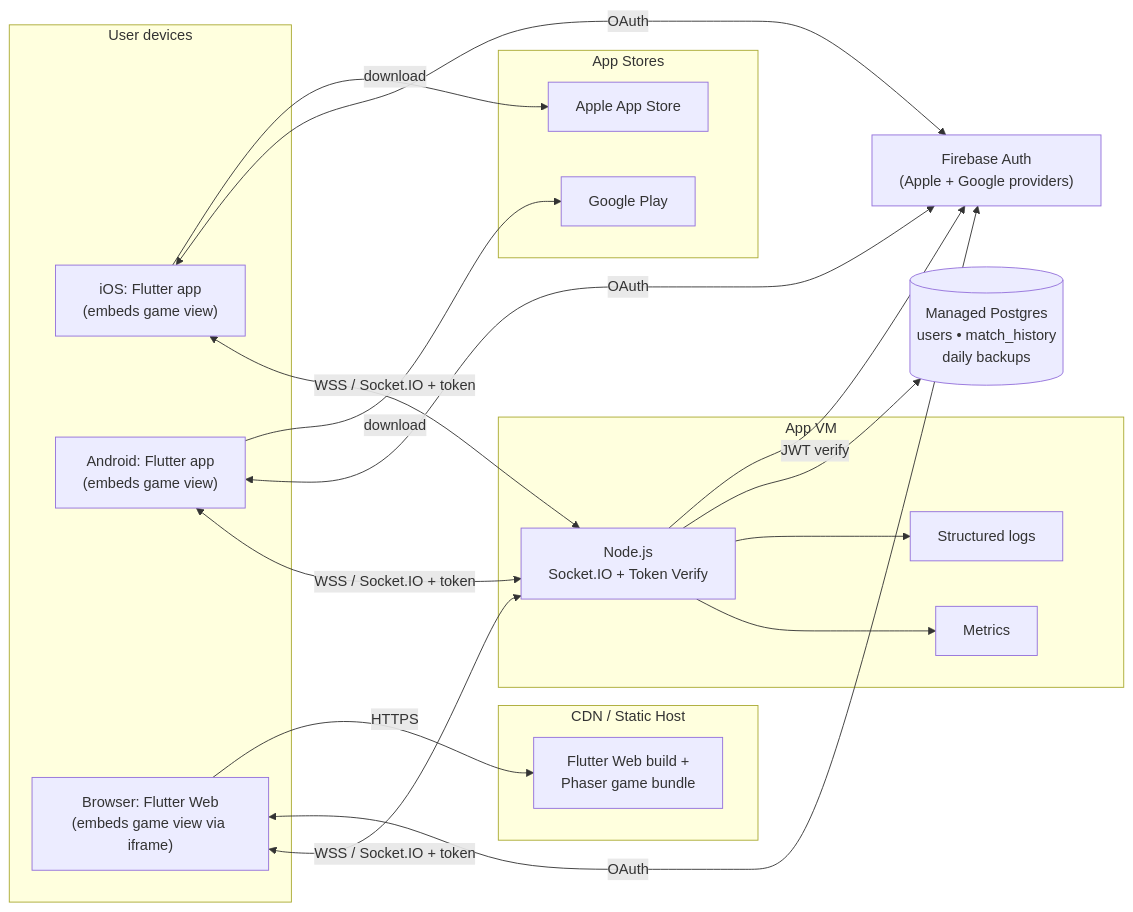
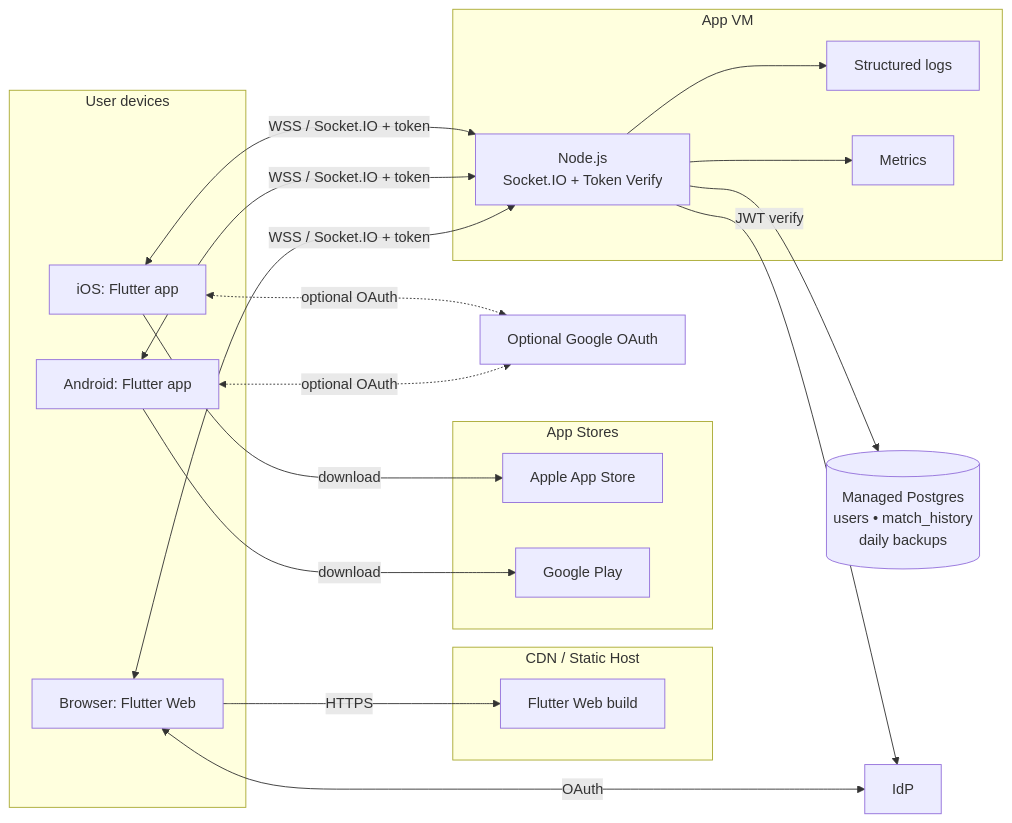
Before and after one commit to BuiHoangTu/match3-competitive-fe: diagram 11 of 11 in specification/system-design.md, drawn with Mermaid. The commit also changed other lines of this file and 11 other files, not shown here.

````diff
--- a/specification/system-design.md
+++ b/specification/system-design.md
@@ -447,40 +528,40 @@
 ```mermaid
 flowchart LR
     subgraph Users["User devices"]
-        iOS["iOS: Flutter app<br/>(embeds game view)"]
-        Android["Android: Flutter app<br/>(embeds game view)"]
-        Web["Browser: Flutter Web<br/>(embeds game view via iframe)"]
+        iOS["iOS: Flutter app"]
+        Android["Android: Flutter app"]
+        Web["Browser: Flutter Web"]
     end
 
     subgraph Edge["CDN / Static Host"]
-        Static["Flutter Web build +<br/>Phaser game bundle"]
+        Static["Flutter Web build"]
     end
 
     subgraph Stores["App Stores"]
         AppStore["Apple App Store"]
         PlayStore["Google Play"]
     end
 
     subgraph VM["App VM"]
         Node["Node.js<br/>Socket.IO + Token Verify"]
         Logs["Structured logs"]
         Metrics["Metrics"]
     end
 
-    IdP["Firebase Auth<br/>(Apple + Google providers)"]
+    OAuth["Optional Google OAuth"]
     DB[("Managed Postgres<br/>users • match_history<br/>daily backups")]
 
     iOS -->|download| AppStore
     Android -->|download| PlayStore
     Web -->|HTTPS| Static
-    iOS <-->|OAuth| IdP
-    Android <-->|OAuth| IdP
+    iOS <-.optional OAuth.-> OAuth
+    Android <-.optional OAuth.-> OAuth
     Web <-->|OAuth| IdP
     iOS <-->|WSS / Socket.IO + token| Node
     Android <-->|WSS / Socket.IO + token| Node
     Web <-->|WSS / Socket.IO + token| Node
     Node -->|JWT verify| IdP
     Node --> DB
     Node --> Logs
     Node --> Metrics
 ```
````
